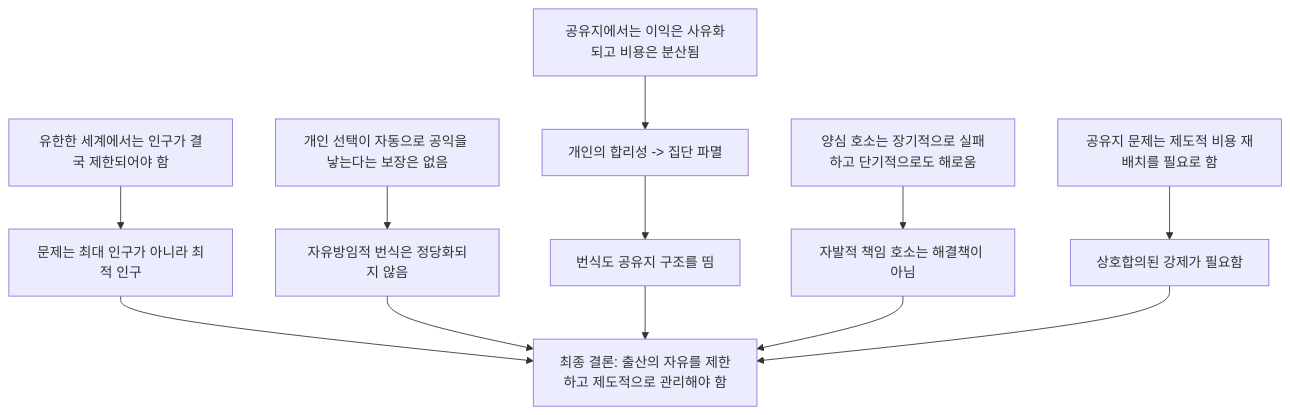
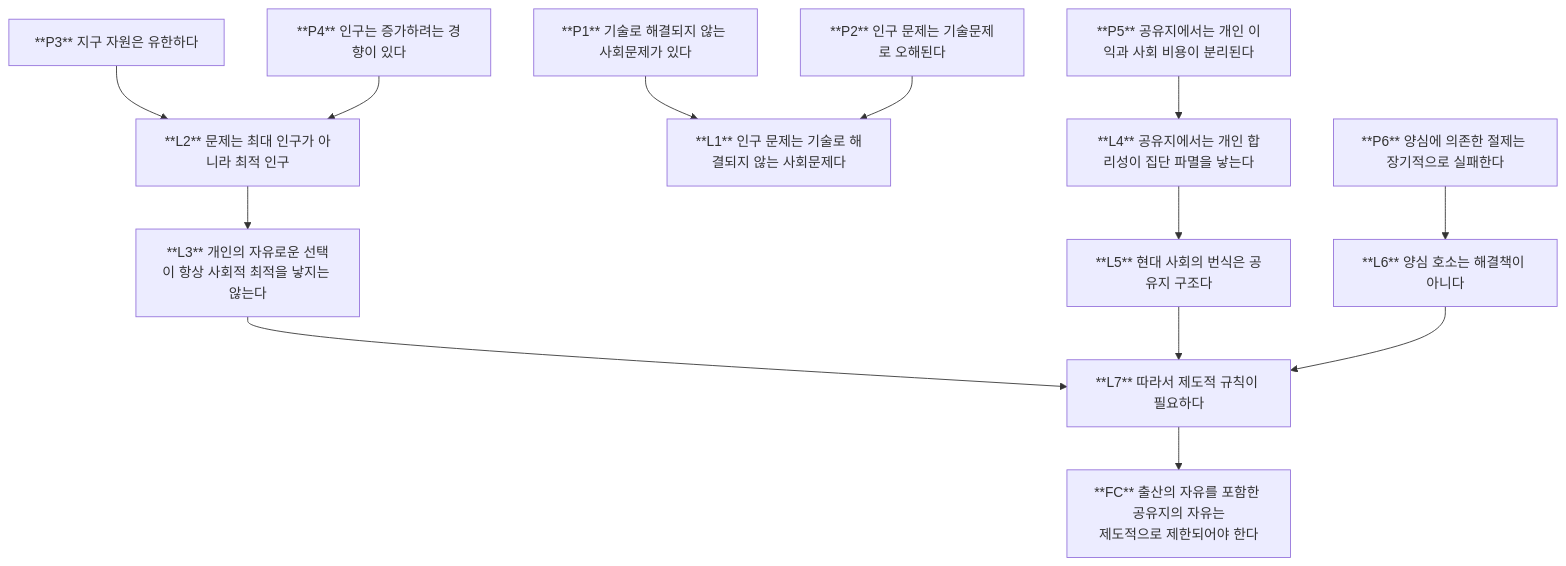
One commit to DeepWrite/2026SPRING changed the diagram in references/Hardin/Tragedy_of_Commons-summary.md. Above: the diagram before and after it, drawn with Mermaid. The commit also changed other lines of this file and 5 other files, not shown here.

````diff
--- a/references/Hardin/Tragedy_of_Commons-summary.md
+++ b/references/Hardin/Tragedy_of_Commons-summary.md
@@ -336,15 +107,43 @@
 ```mermaid
 flowchart TD
-    P1[유한한 세계에서는 인구가 결국 제한되어야 함] --> Q1[문제는 최대 인구가 아니라 최적 인구]
-    P2[개인 선택이 자동으로 공익을 낳는다는 보장은 없음] --> Q2[자유방임적 번식은 정당화되지 않음]
-    P3[공유지에서는 이익은 사유화되고 비용은 분산됨] --> Q3[개인의 합리성 -> 집단 파멸]
-    Q3 --> Q4[번식도 공유지 구조를 띰]
-    P4[양심 호소는 장기적으로 실패하고 단기적으로도 해로움] --> Q5[자발적 책임 호소는 해결책이 아님]
-    P5[공유지 문제는 제도적 비용 재배치를 필요로 함] --> Q6[상호합의된 강제가 필요함]
 
-    Q1 --> F[최종 결론: 출산의 자유를 제한하고 제도적으로 관리해야 함]
-    Q2 --> F
-    Q4 --> F
-    Q5 --> F
-    Q6 --> F
+P1[**P1** 기술로 해결되지 않는 사회문제가 있다]
+P2[**P2** 인구 문제는 기술문제로 오해된다]
+
+P3[**P3** 지구 자원은 유한하다]
+P4[**P4** 인구는 증가하려는 경향이 있다]
+
+P5[**P5** 공유지에서는 개인 이익과 사회 비용이 분리된다]
+
+P6[**P6** 양심에 의존한 절제는 장기적으로 실패한다]
+
+L1[**L1** 인구 문제는 기술로 해결되지 않는 사회문제다]
+L2[**L2** 문제는 최대 인구가 아니라 최적 인구]
+L3[**L3** 개인의 자유로운 선택이 항상 사회적 최적을 낳지는 않는다]
+L4[**L4** 공유지에서는 개인 합리성이 집단 파멸을 낳는다]
+L5[**L5** 현대 사회의 번식은 공유지 구조다]
+L6[**L6** 양심 호소는 해결책이 아니다]
+L7[**L7** 따라서 제도적 규칙이 필요하다]
+
+FC[**FC** 출산의 자유를 포함한 공유지의 자유는<br>제도적으로 제한되어야 한다]
+
+P1 --> L1
+P2 --> L1
+
+P3 --> L2
+P4 --> L2
+
+L2 --> L3
+
+P5 --> L4
+
+L4 --> L5
+
+P6 --> L6
+
+L3 --> L7
+L5 --> L7
+L6 --> L7
+
+L7 --> FC
 ```
````
